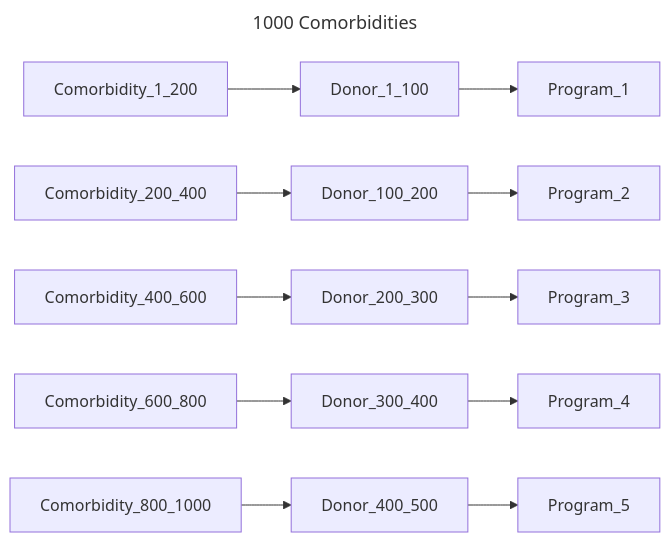
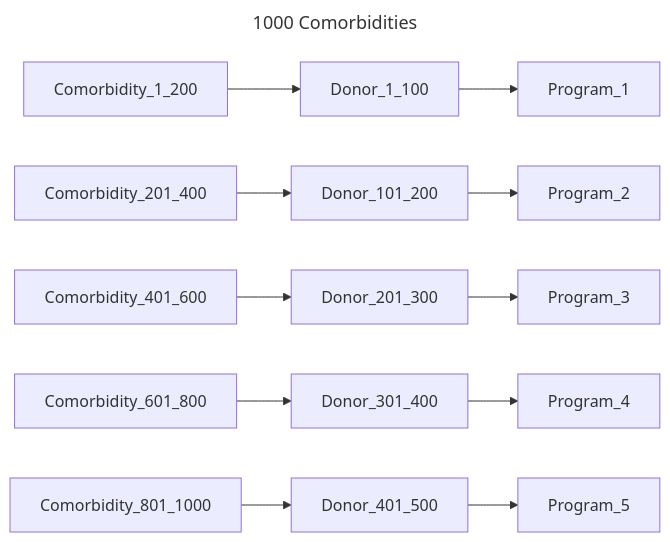
One commit to bento-platform/katsu changed diagram 13 of 13 in chord_metadata_service/mohpackets/data/large_dataset/README.md. Above: the diagram before and after it, drawn with Mermaid. The commit also changed other lines of this file, not shown here.

````diff
--- a/chord_metadata_service/mohpackets/data/large_dataset/README.md
+++ b/chord_metadata_service/mohpackets/data/large_dataset/README.md
@@ -195,11 +195,11 @@
 ```mermaid
 ---
 title: 1000 Comorbidities
 ---
 graph LR;  
   Comorbidity_1_200 --> Donor_1_100 --> Program_1;
-  Comorbidity_200_400 --> Donor_100_200 --> Program_2;  
-  Comorbidity_400_600 --> Donor_200_300 --> Program_3;  
-  Comorbidity_600_800 --> Donor_300_400 --> Program_4;  
-  Comorbidity_800_1000 --> Donor_400_500 --> Program_5;  
+  Comorbidity_201_400 --> Donor_101_200 --> Program_2;  
+  Comorbidity_401_600 --> Donor_201_300 --> Program_3;  
+  Comorbidity_601_800 --> Donor_301_400 --> Program_4;  
+  Comorbidity_801_1000 --> Donor_401_500 --> Program_5;  
 ```
````
